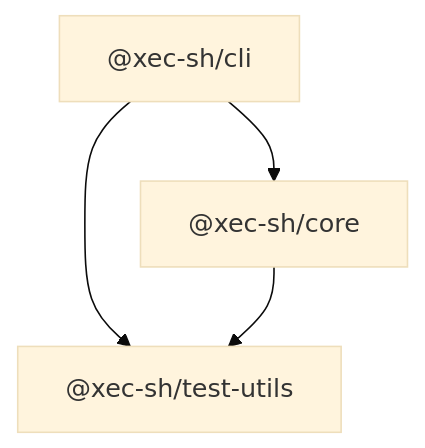
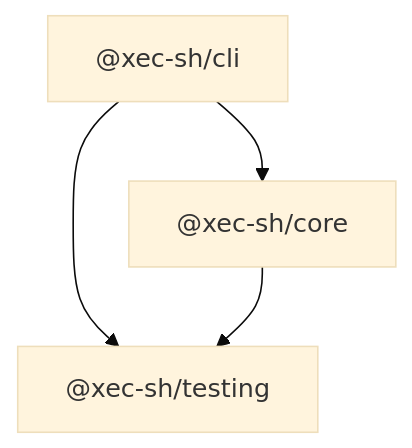
One commit to xec-sh/xec changed the first of 6 diagrams in docs/docs/introduction/architecture.md. Above: the diagram before and after it, drawn with Mermaid (base theme). The commit also changed other lines of this file and 59 other files, not shown here.

````diff
--- a/docs/docs/introduction/architecture.md
+++ b/docs/docs/introduction/architecture.md
@@ -35,6 +35,6 @@
 ```mermaid
 graph TD
     CLI["@xec-sh/cli"] --> CORE["@xec-sh/core"]
-    CLI --> TEST["@xec-sh/test-utils"]
+    CLI --> TEST["@xec-sh/testing"]
     CORE --> TEST
 ```
````
